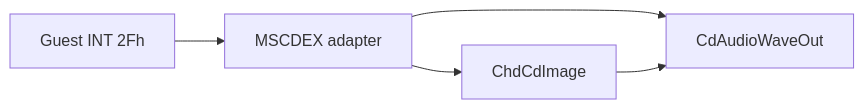
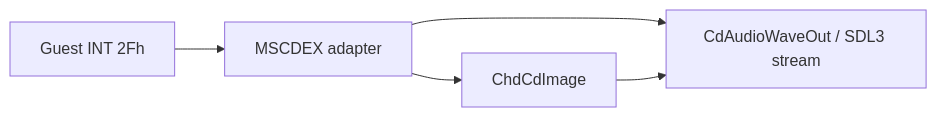
Before and after one commit to nworkers/rePIU: the eighth of 13 diagrams in ARCHITECTURE.md, drawn with Mermaid. The commit also changed other lines of this file and 25 other files, not shown here.

Commit message:
Migrate window and CD audio services to SDL3

````diff
--- a/ARCHITECTURE.md
+++ b/ARCHITECTURE.md
@@ -379,6 +387,6 @@
 ```mermaid
 flowchart LR
     G["Guest INT 2Fh"] --> M["MSCDEX adapter"] --> C["ChdCdImage"]
-    M --> A["CdAudioWaveOut"]
+    M --> A["CdAudioWaveOut / SDL3 stream"]
     C --> A
 ```
````
